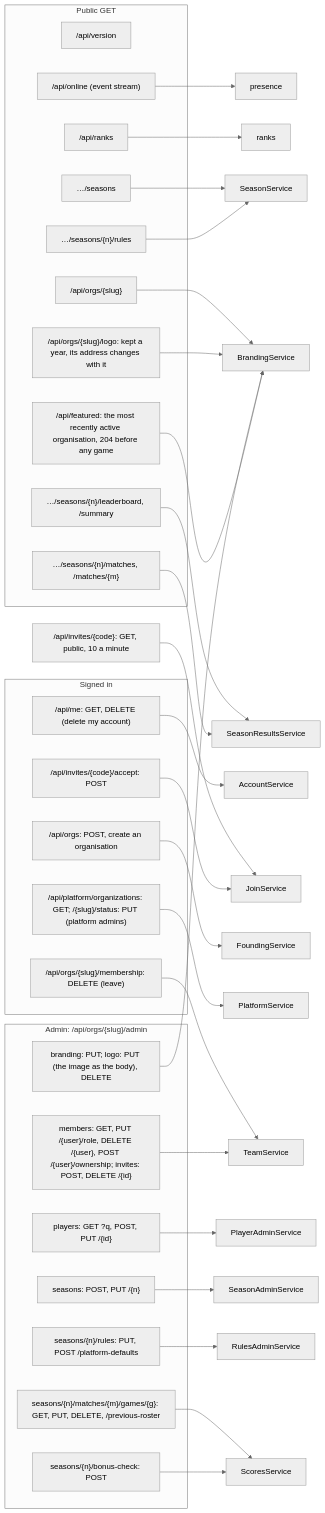
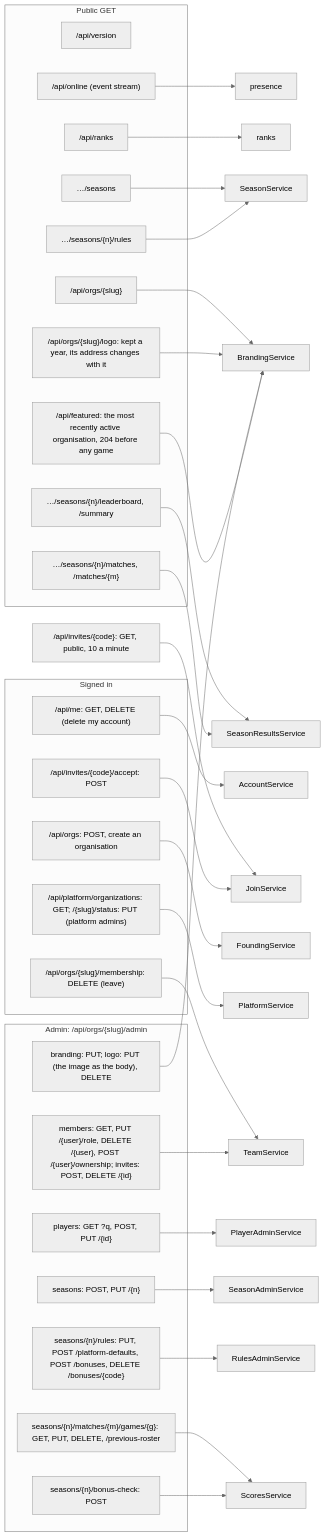
Before and after one commit to irmahs-labs/tournament-leaderboard: the fourth of 7 diagrams in docs/context-graph.md, drawn with Mermaid (neutral theme). The commit also changed other lines of this file and 12 other files, not shown here.

````diff
--- a/docs/context-graph.md
+++ b/docs/context-graph.md
@@ -96,48 +96,48 @@
 ```mermaid
 flowchart LR
     subgraph public[Public GET]
         v["/api/version"]
         on["/api/online (event stream)"]
         r["/api/ranks"]
         fe["/api/featured: the most recently active organisation, 204 before any game"]
         o["/api/orgs/{slug}"]
         lo["/api/orgs/{slug}/logo: kept a year, its address changes with it"]
         sl["…/seasons"]
         sr["…/seasons/{n}/rules"]
         lb["…/seasons/{n}/leaderboard, /summary"]
         ml["…/seasons/{n}/matches, /matches/{m}"]
     end
     subgraph signedin[Signed in]
         me["/api/me: GET, DELETE (delete my account)"]
         lv["/api/orgs/{slug}/membership: DELETE (leave)"]
         acc["/api/invites/{code}/accept: POST"]
         fo["/api/orgs: POST, create an organisation"]
         pl["/api/platform/organizations: GET; /{slug}/status: PUT (platform admins)"]
     end
     jv["/api/invites/{code}: GET, public, 10 a minute"]
     subgraph admin["Admin: /api/orgs/{slug}/admin"]
         ap["players: GET ?q, POST, PUT /{id}"]
         br["branding: PUT; logo: PUT (the image as the body), DELETE"]
         tm["members: GET, PUT /{user}/role, DELETE /{user}, POST /{user}/ownership; invites: POST, DELETE /{id}"]
         as["seasons: POST, PUT /{n}"]
-        ru["seasons/{n}/rules: PUT, POST /platform-defaults"]
+        ru["seasons/{n}/rules: PUT, POST /platform-defaults, POST /bonuses, DELETE /bonuses/{code}"]
         sc["seasons/{n}/matches/{m}/games/{g}: GET, PUT, DELETE, /previous-roster"]
         bc["seasons/{n}/bonus-check: POST"]
     end
     r --> ranks
     on --> presence
     o & lo & br --> BrandingService
     sl & sr --> SeasonService
     lb & ml --> SeasonResultsService
     me --> AccountService
     lv --> TeamService
     fe --> BrandingService
     fo --> FoundingService
     pl --> PlatformService
     tm --> TeamService
     jv & acc --> JoinService
     ap --> PlayerAdminService
     as --> SeasonAdminService
     sc & bc --> ScoresService
     ru --> RulesAdminService
 ```
````
